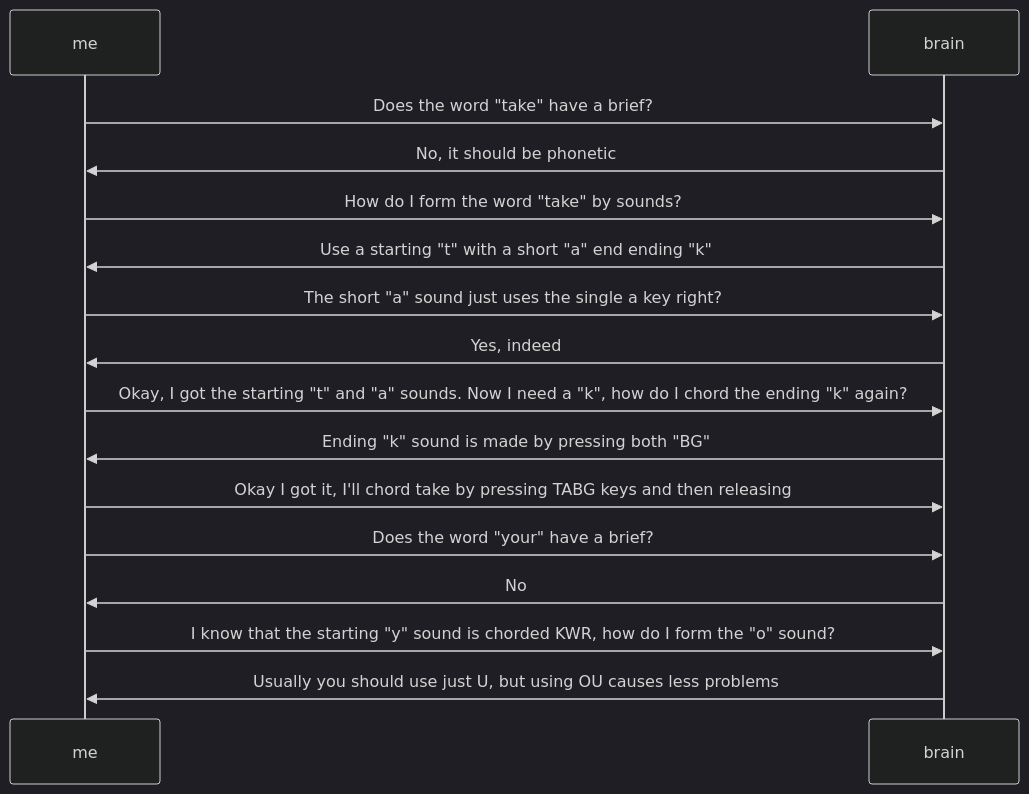
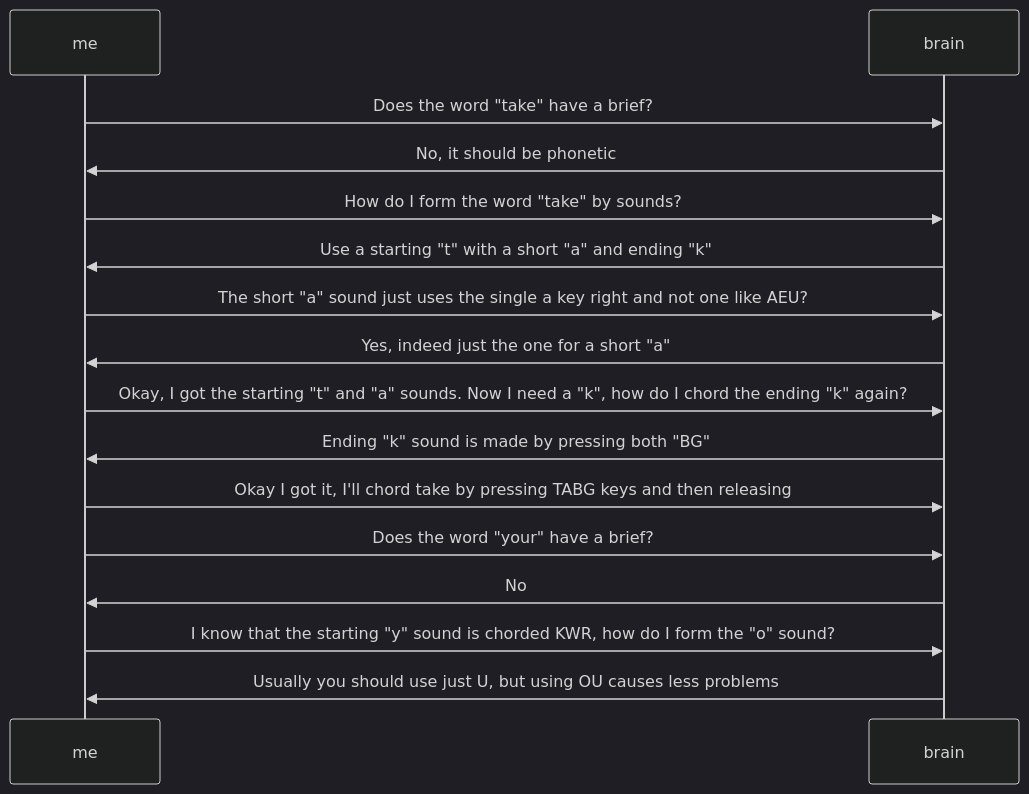
One commit to derekthecool/DereksBlogSource changed the first of 2 diagrams in content/posts/My-Journey-Into-Stenography.md. Above: the diagram before and after it, drawn with Mermaid. The commit also changed other lines of this file, not shown here.

````diff
--- a/content/posts/My-Journey-Into-Stenography.md
+++ b/content/posts/My-Journey-Into-Stenography.md
@@ -84,19 +93,19 @@
 ```mermaid
 %%{init: {'theme':'dark'}}%%
 sequenceDiagram
 
 me ->> brain: Does the word "take" have a brief?
 brain ->> me: No, it should be phonetic
 me ->> brain: How do I form the word "take" by sounds?
-brain ->> me: Use a starting "t" with a short "a" end ending "k"
-me ->> brain: The short "a" sound just uses the single a key right?
-brain ->> me: Yes, indeed
+brain ->> me: Use a starting "t" with a short "a" and ending "k"
+me ->> brain: The short "a" sound just uses the single a key right and not one like AEU?
+brain ->> me: Yes, indeed just the one for a short "a"
 me ->> brain: Okay, I got the starting "t" and "a" sounds. Now I need a "k", how do I chord the ending "k" again?
 brain ->> me: Ending "k" sound is made by pressing both "BG"
 me ->> brain: Okay I got it, I'll chord take by pressing TABG keys and then releasing
 
 me ->> brain: Does the word "your" have a brief?
 brain ->> me: No
 me ->> brain: I know that the starting "y" sound is chorded KWR, how do I form the "o" sound?
 brain ->> me: Usually you should use just U, but using OU causes less problems
 ```
````
